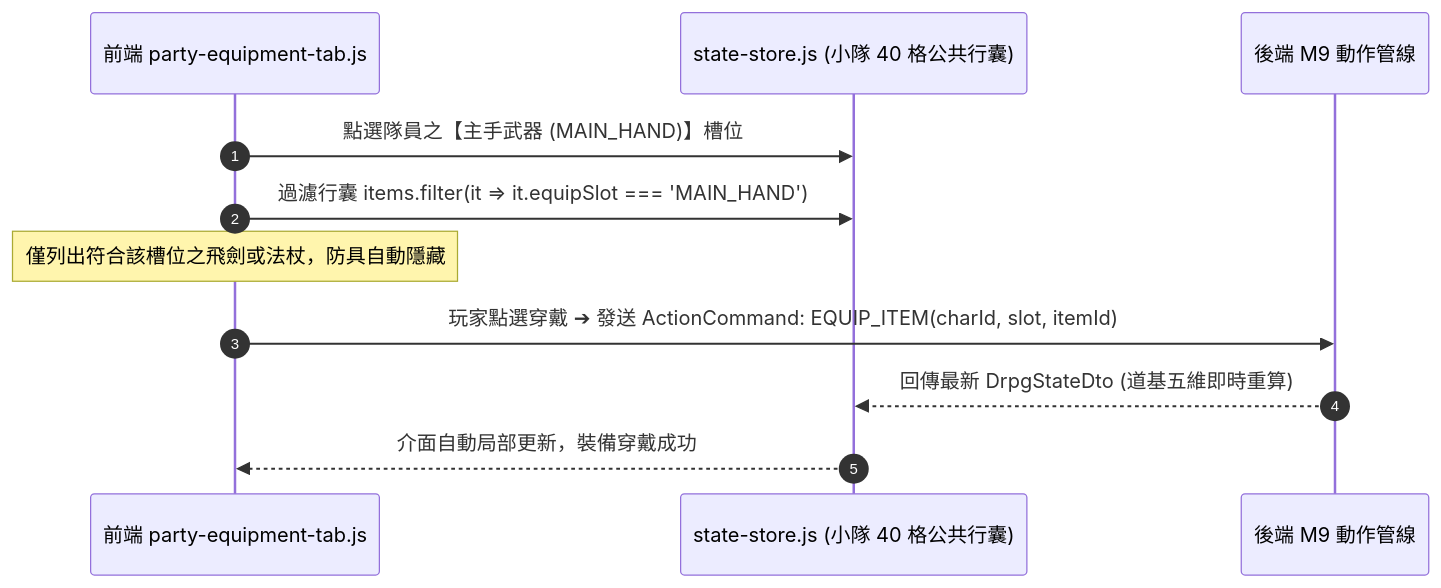
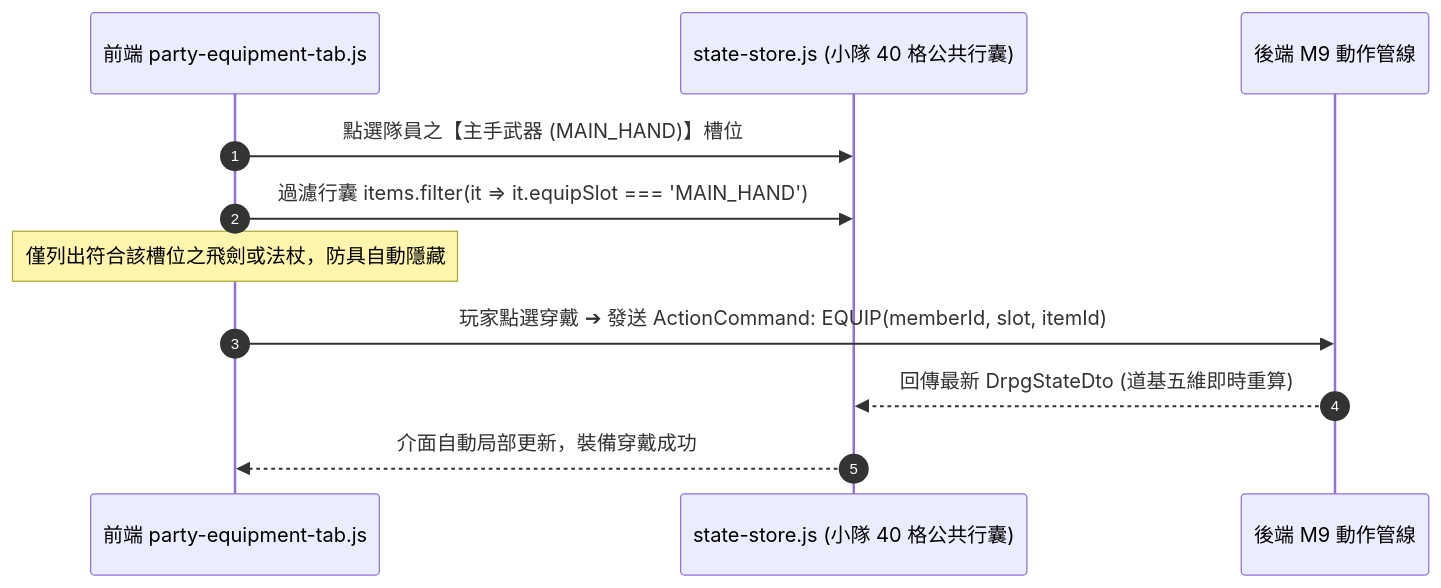
One commit to FTC-johnchien/practice_mud changed the diagram in docs/2_specifications/frontend/FE5_PARTY_EQUIPMENT_AND_MODALS.md. Above: the diagram before and after it, drawn with Mermaid. The commit also changed other lines of this file and 24 other files, not shown here.

````diff
--- a/docs/2_specifications/frontend/FE5_PARTY_EQUIPMENT_AND_MODALS.md
+++ b/docs/2_specifications/frontend/FE5_PARTY_EQUIPMENT_AND_MODALS.md
@@ -45,14 +45,14 @@
 ```mermaid
 sequenceDiagram
     autonumber
     participant UI as 前端 party-equipment-tab.js
     participant Store as state-store.js (小隊 40 格公共行囊)
     participant Server as 後端 M9 動作管線
 
     UI->>Store: 點選隊員之【主手武器 (MAIN_HAND)】槽位
     UI->>Store: 過濾行囊 items.filter(it => it.equipSlot === 'MAIN_HAND')
     Note over UI: 僅列出符合該槽位之飛劍或法杖，防具自動隱藏
-    UI->>Server: 玩家點選穿戴 ➔ 發送 ActionCommand: EQUIP_ITEM(charId, slot, itemId)
+    UI->>Server: 玩家點選穿戴 ➔ 發送 ActionCommand: EQUIP(memberId, slot, itemId)
     Server-->>Store: 回傳最新 DrpgStateDto (道基五維即時重算)
     Store-->>UI: 介面自動局部更新，裝備穿戴成功
 ```
````
